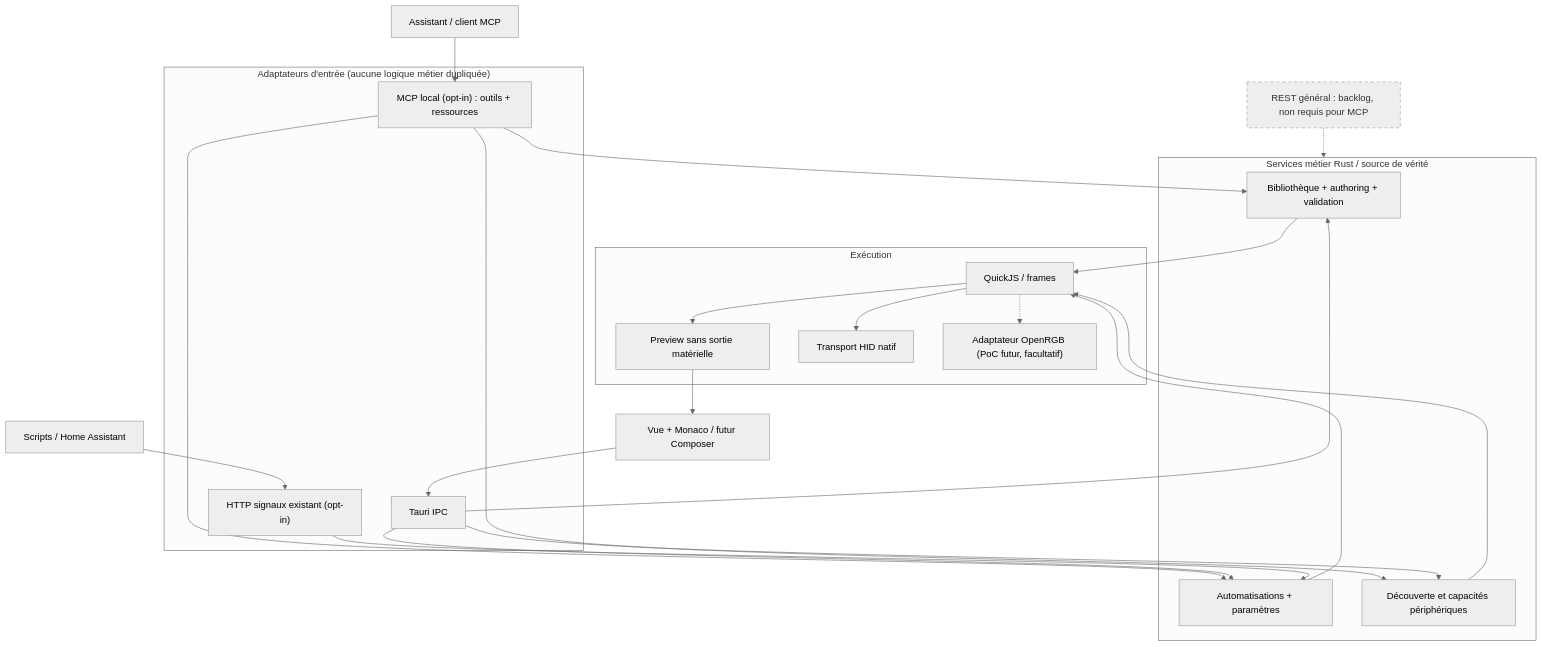
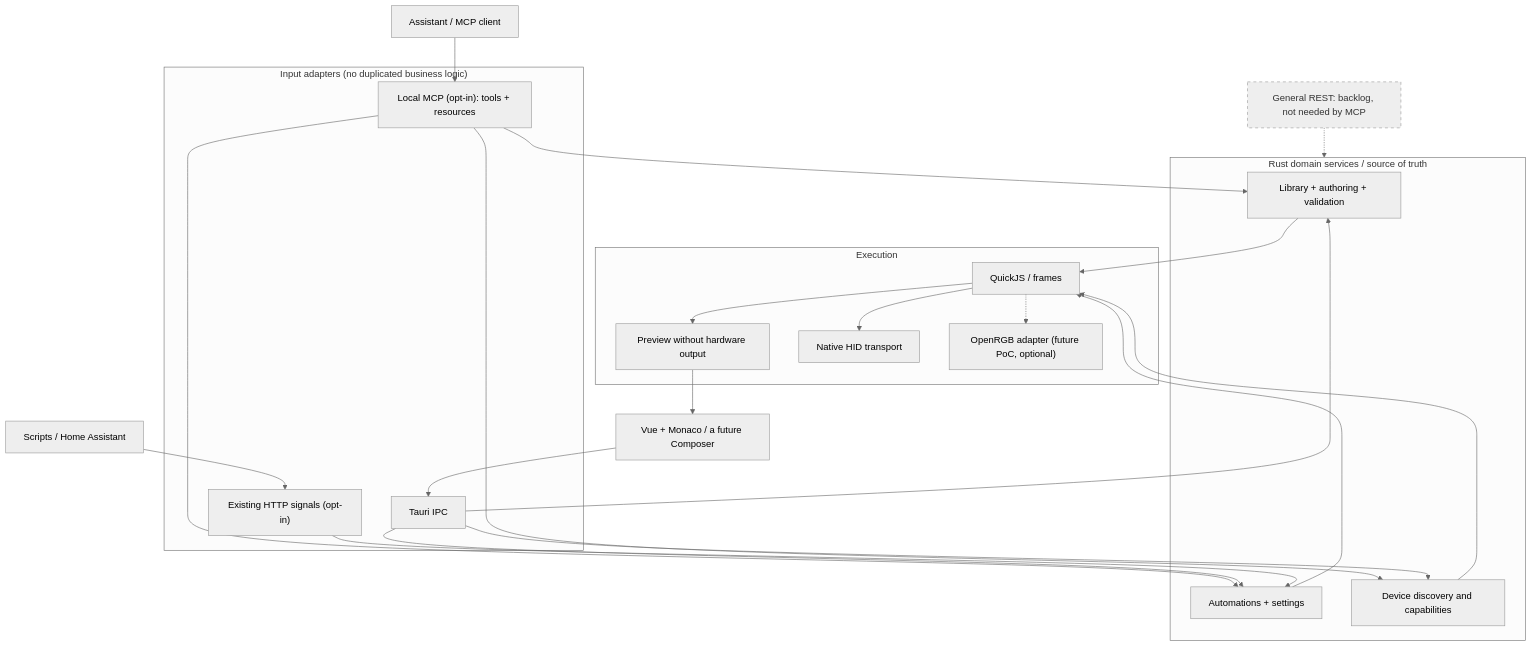
Before and after one commit to o2csi/candeo: the second of 3 diagrams in docs/design/mcp-architecture.md, drawn with Mermaid (neutral theme). The commit also changed other lines of this file, not shown here.

First line of the commit message:
docs: the MCP architecture note in English

````diff
--- a/docs/design/mcp-architecture.md
+++ b/docs/design/mcp-architecture.md
@@ -43,42 +56,42 @@
 ```mermaid
 flowchart TB
-    Agent["Assistant / client MCP"]
-    UI["Vue + Monaco / futur Composer"]
+    Agent["Assistant / MCP client"]
+    UI["Vue + Monaco / a future Composer"]
     Ext["Scripts / Home Assistant"]
-    subgraph Adaptateurs["Adaptateurs d'entrée (aucune logique métier dupliquée)"]
-        MCP["MCP local (opt-in) : outils + ressources"]
+    subgraph Adapters["Input adapters (no duplicated business logic)"]
+        MCP["Local MCP (opt-in): tools + resources"]
         Tauri["Tauri IPC"]
-        Signals["HTTP signaux existant (opt-in)"]
+        Signals["Existing HTTP signals (opt-in)"]
     end
-    subgraph Domaine["Services métier Rust / source de vérité"]
-        Effects["Bibliothèque + authoring + validation"]
-        Automations["Automatisations + paramètres"]
-        Devices["Découverte et capacités périphériques"]
+    subgraph Domain["Rust domain services / source of truth"]
+        Effects["Library + authoring + validation"]
+        Automations["Automations + settings"]
+        Devices["Device discovery and capabilities"]
     end
-    subgraph Runtime["Exécution"]
+    subgraph Runtime["Execution"]
         Engine["QuickJS / frames"]
-        Preview["Preview sans sortie matérielle"]
-        HID["Transport HID natif"]
-        OpenRGB["Adaptateur OpenRGB (PoC futur, facultatif)"]
+        Preview["Preview without hardware output"]
+        HID["Native HID transport"]
+        OpenRGB["OpenRGB adapter (future PoC, optional)"]
     end
     Agent --> MCP
     UI --> Tauri
     Ext --> Signals
     MCP --> Effects
     MCP --> Automations
     MCP --> Devices
     Tauri --> Effects
     Tauri --> Automations
     Tauri --> Devices
     Signals --> Automations
     Effects --> Engine
     Automations --> Engine
     Devices --> Engine
     Engine --> Preview
     Engine --> HID
     Engine -.-> OpenRGB
     Preview --> UI
-    REST["REST général : backlog, non requis pour MCP"]:::deferred
-    REST -.-> Domaine
+    REST["General REST: backlog, not needed by MCP"]:::deferred
+    REST -.-> Domain
     classDef deferred stroke-dasharray: 5 5,fill:#eee,color:#333
 ```
````
